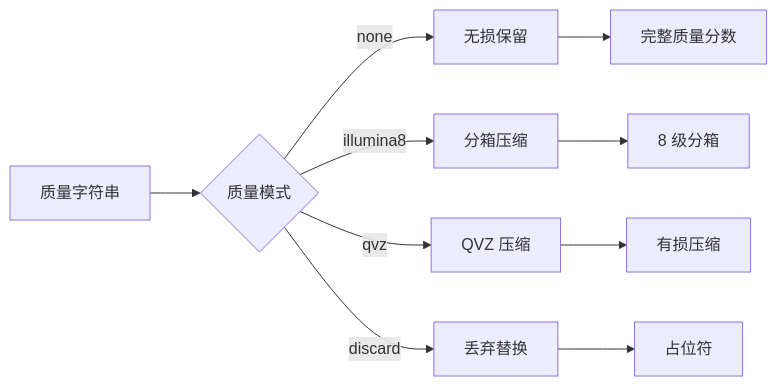
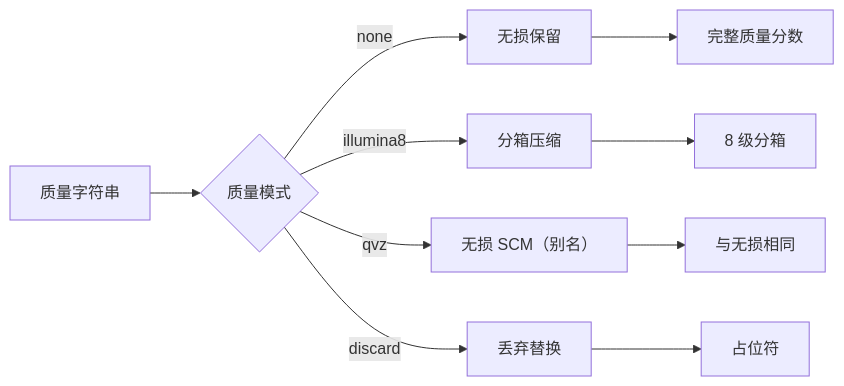
One commit to open-genomics/fq-compressor-rust changed the second of 4 diagrams in docs/algorithms/index.md. Above: the diagram before and after it, drawn with Mermaid. The commit also changed other lines of this file and 6 other files, not shown here.

````diff
--- a/docs/algorithms/index.md
+++ b/docs/algorithms/index.md
@@ -39,15 +39,15 @@
 ```mermaid
 flowchart LR
     A[质量字符串] --> B{质量模式}
     
     B -->|none| C[无损保留]
     B -->|illumina8| D[分箱压缩]
-    B -->|qvz| E[QVZ 压缩]
+    B -->|qvz| E[无损 SCM（别名）]
     B -->|discard| F[丢弃替换]
     
     C --> G[完整质量分数]
     D --> H[8 级分箱]
-    E --> I[有损压缩]
+    E --> I[与无损相同]
     F --> J[占位符]
     
 ```
````
